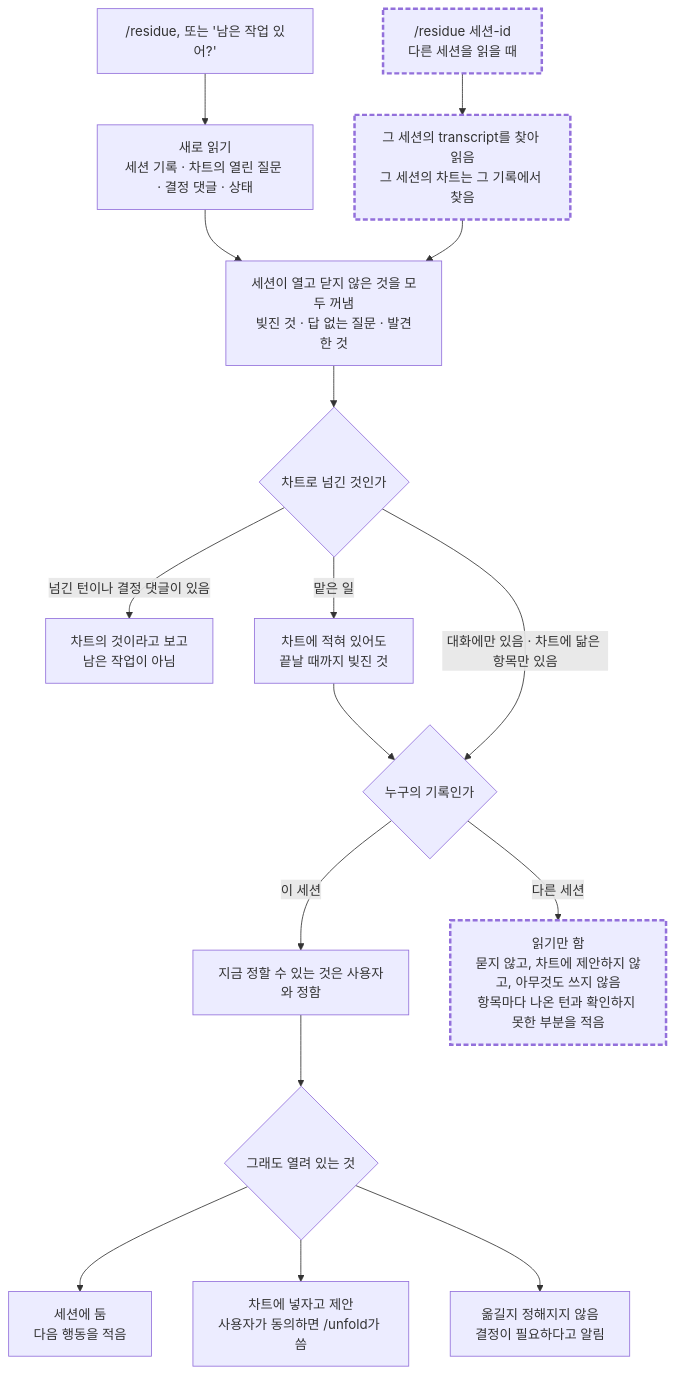
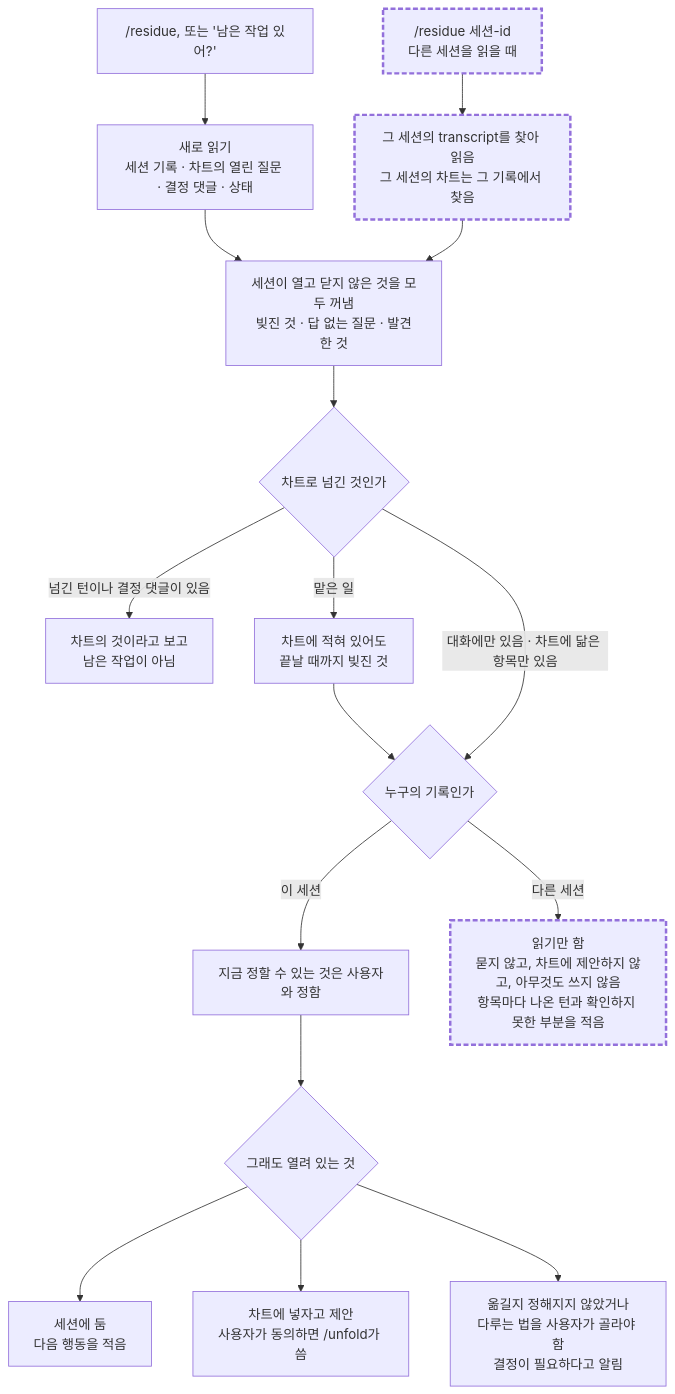
The diagram in residue/README.md (jongwony/cc-plugin), drawn with Mermaid before and after one commit.

Commit message:
residue: README flow names the handling the user must choose under "needs a decision"
Node J described only the undecided move to the chart; step 4's third
disposition also takes a misfit whose handling is the user's to choose.

Review-loop round 4 on PR #336 (code-review).

Claude-Session: https://claude.ai/code/session_01K8NVgTLWeeSS8Y9kn5Ps4m

````diff
--- a/residue/README.md
+++ b/residue/README.md
@@ -9,19 +9,19 @@
 ```mermaid
 flowchart TD
   A["/residue, 또는 '남은 작업 있어?'"] --> B["새로 읽기<br/>세션 기록 · 차트의 열린 질문 · 결정 댓글 · 상태"]
   T["/residue 세션-id<br/>다른 세션을 읽을 때"]:::target --> U["그 세션의 transcript를 찾아 읽음<br/>그 세션의 차트는 그 기록에서 찾음"]:::target
   B --> C["세션이 열고 닫지 않은 것을 모두 꺼냄<br/>빚진 것 · 답 없는 질문 · 발견한 것"]
   U --> C
   C --> D{"차트로 넘긴 것인가"}
   D -- "넘긴 턴이나 결정 댓글이 있음" --> E["차트의 것이라고 보고<br/>남은 작업이 아님"]
   D -- "맡은 일" --> K["차트에 적혀 있어도<br/>끝날 때까지 빚진 것"]
   K --> X
   D -- "대화에만 있음 · 차트에 닮은 항목만 있음" --> X{"누구의 기록인가"}
   X -- "이 세션" --> F["지금 정할 수 있는 것은 사용자와 정함"]
   X -- "다른 세션" --> V["읽기만 함<br/>묻지 않고, 차트에 제안하지 않고, 아무것도 쓰지 않음<br/>항목마다 나온 턴과 확인하지 못한 부분을 적음"]:::target
   F --> G{"그래도 열려 있는 것"}
   G --> H["세션에 둠<br/>다음 행동을 적음"]
   G --> I["차트에 넣자고 제안<br/>사용자가 동의하면 /unfold가 씀"]
-  G --> J["옮길지 정해지지 않음<br/>결정이 필요하다고 알림"]
+  G --> J["옮길지 정해지지 않았거나<br/>다루는 법을 사용자가 골라야 함<br/>결정이 필요하다고 알림"]
   classDef target stroke-width:3px,stroke-dasharray:6 3
 ```
````
